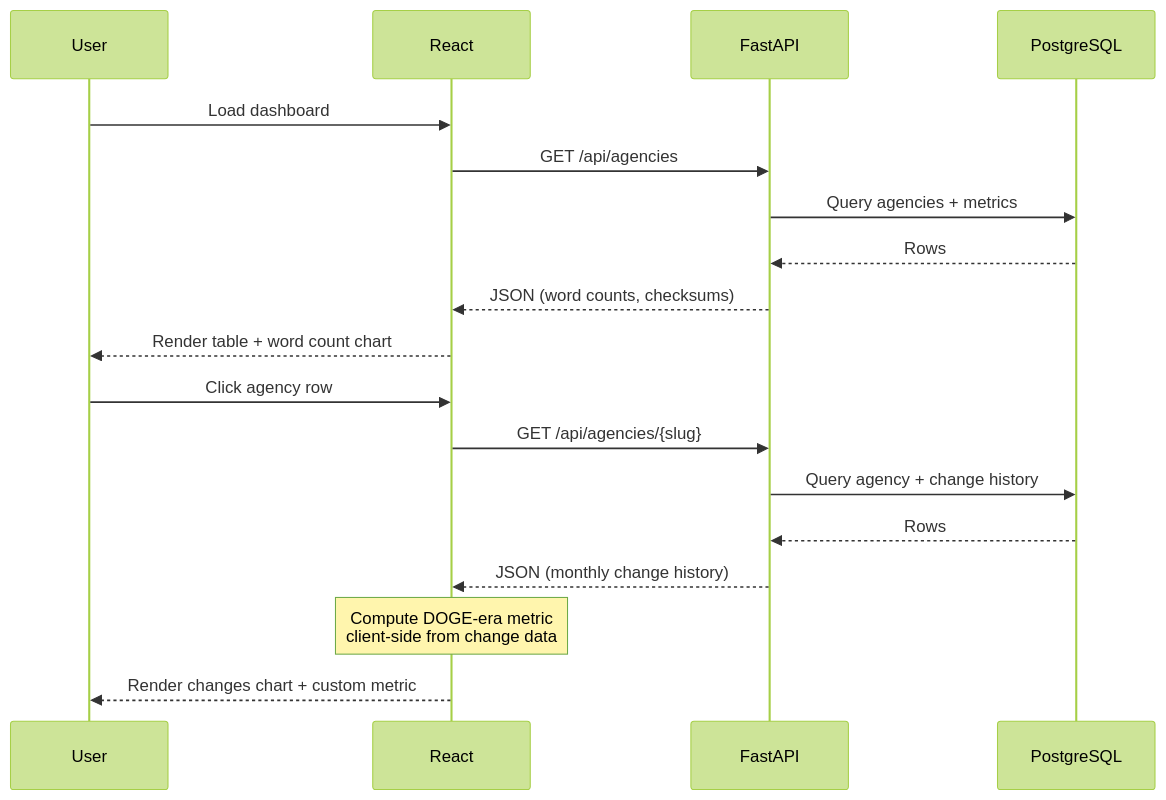
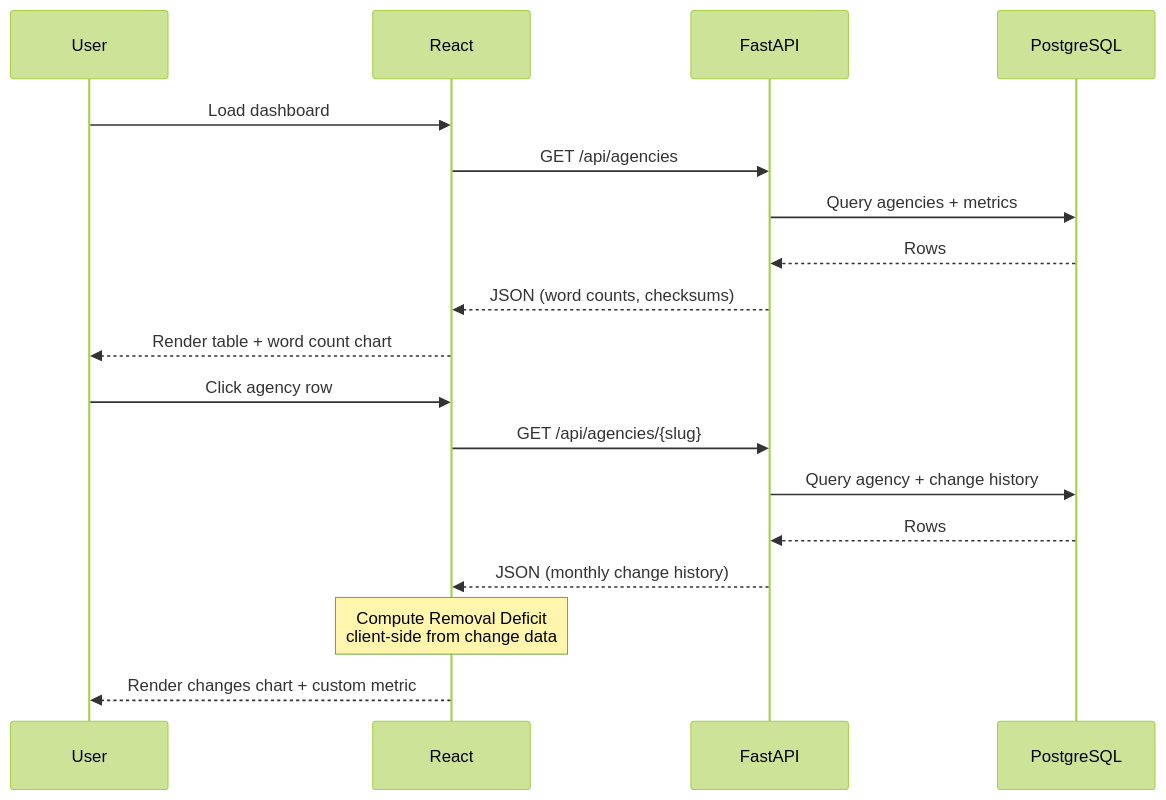
The second of 2 diagrams in README.md (Valerie-Freeman/ecfr-analyzer), drawn with Mermaid (forest theme) before and after one commit. The commit also changed other lines of this file and 7 other files, not shown here.

First line of the commit message:
Replace custom metric with Removal Deficit, update README and screenshots

````diff
--- a/README.md
+++ b/README.md
@@ -82,22 +82,22 @@
 ```mermaid
 sequenceDiagram
     participant U as User
     participant R as React
     participant F as FastAPI
     participant DB as PostgreSQL
 
     U->>R: Load dashboard
     R->>F: GET /api/agencies
     F->>DB: Query agencies + metrics
     DB-->>F: Rows
     F-->>R: JSON (word counts, checksums)
     R-->>U: Render table + word count chart
 
     U->>R: Click agency row
     R->>F: GET /api/agencies/{slug}
     F->>DB: Query agency + change history
     DB-->>F: Rows
     F-->>R: JSON (monthly change history)
-    Note over R: Compute DOGE-era metric<br/>client-side from change data
+    Note over R: Compute Removal Deficit<br/>client-side from change data
     R-->>U: Render changes chart + custom metric
 ```
````
